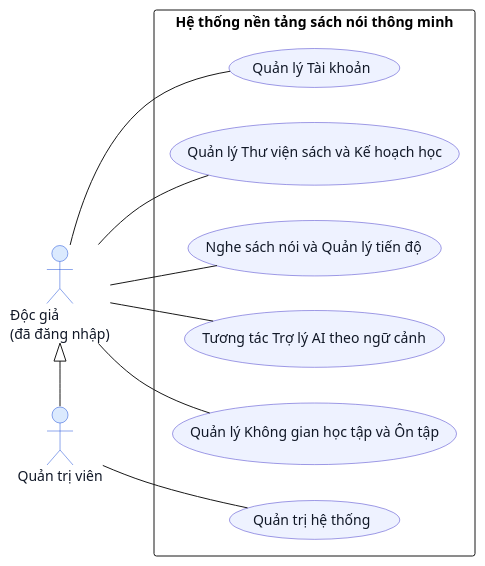
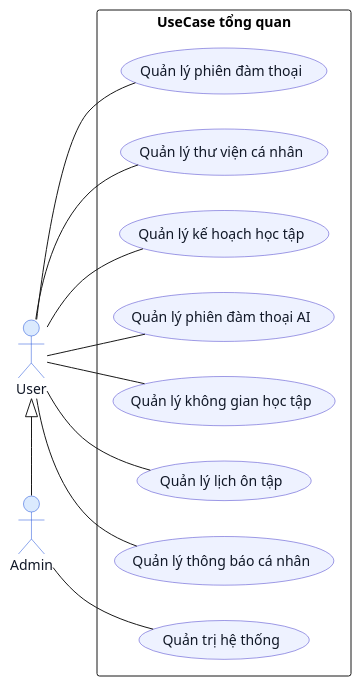
One commit to KhoaSinno/triam-backend changed the diagram in _docs_capstone/_dia/UseCase/sub_UC/triam_usecase_overview.puml. Above: the diagram before and after it, drawn with PlantUML. The commit also changed 8 other files, not shown here.

```diff
--- a/_docs_capstone/_dia/UseCase/sub_UC/triam_usecase_overview.puml
+++ b/_docs_capstone/_dia/UseCase/sub_UC/triam_usecase_overview.puml
@@ -1,45 +1,50 @@
 @startuml triam_usecase_overview
 skinparam Shadowing false
 skinparam backgroundColor #FFFFFF
 skinparam defaultFontName Arial
 ' skinparam defaultFontSize 13
 ' skinparam roundcorner 18
 ' skinparam linetype ortho
 ' skinparam packageStyle rectangle
 ' skinparam nodesep 50
 ' skinparam ranksep 50
 
 skinparam actor {
   BackgroundColor #DBEAFE
   BorderColor #1D4ED8
   FontColor #111827
 }
 skinparam usecase {
   BackgroundColor #EEF2FF
   BorderColor #4338CA
   FontColor #111827
 }
 
 left to right direction
 
-actor "Độc giả\n(đã đăng nhập)" as Reader
-actor "Quản trị viên" as Admin
+actor "User" as Reader
+actor "Admin" as Admin
 
-rectangle "Hệ thống nền tảng sách nói thông minh" {
-  (Quản lý Tài khoản) as UC_Account
-  (Quản lý Thư viện sách và Kế hoạch học) as UC_LibraryPlan
-  (Nghe sách nói và Quản lý tiến độ) as UC_ListenProgress
-  (Tương tác Trợ lý AI theo ngữ cảnh) as UC_AI
-  (Quản lý Không gian học tập và Ôn tập) as UC_Workspace
+rectangle "UseCase tổng quan" {
+  (Quản lý phiên đàm thoại) as UC_Account
+  (Quản lý thư viện cá nhân) as UC_LibraryPlan
+  (Quản lý kế hoạch học tập) as UC_ListenProgress
+  (Quản lý phiên đàm thoại AI) as UC_AI
+  (Quản lý không gian học tập) as UC_Workspace
+  (Quản lý lịch ôn tập) as UC_Review
+  (Quản lý thông báo cá nhân) as UC_Notification
+
   (Quản trị hệ thống) as UC_AdminSystem
 }
 
 Reader -- UC_Account
 Reader -- UC_LibraryPlan
 Reader -- UC_ListenProgress
 Reader -- UC_AI
 Reader -- UC_Workspace
+Reader -- UC_Review
+Reader -- UC_Notification
 
 Admin -- UC_AdminSystem
 Reader <|- Admin
 @enduml
```
